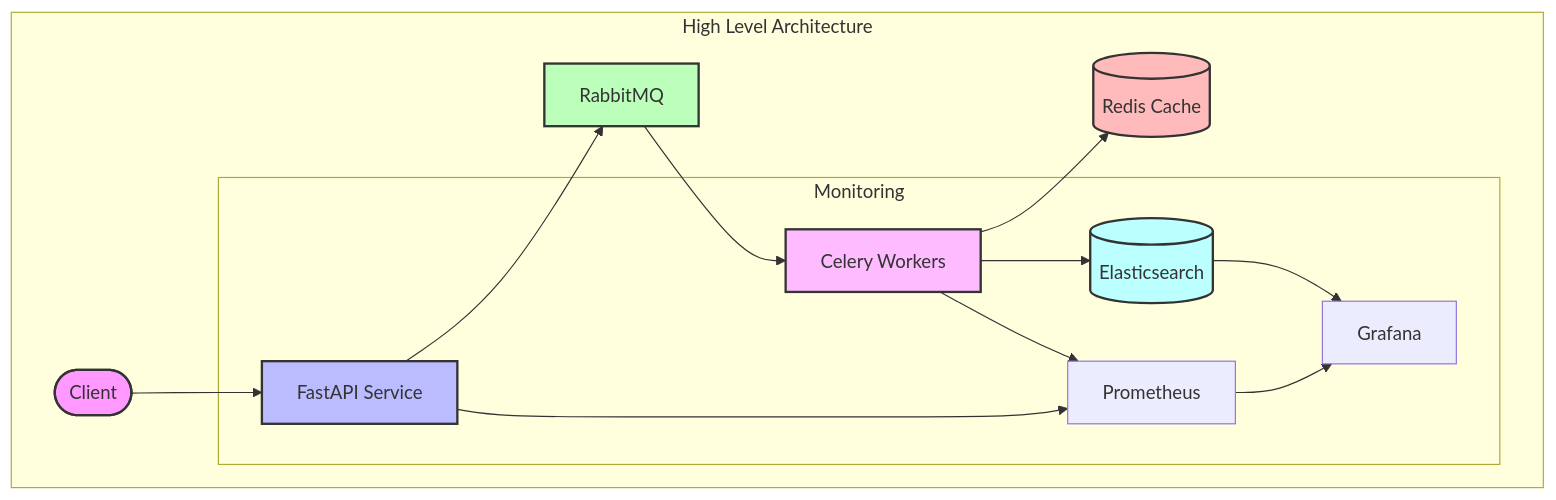
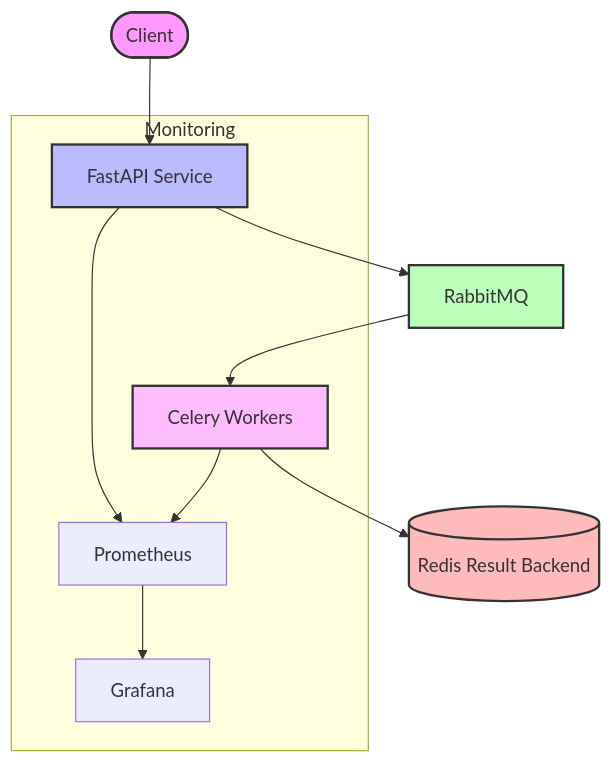
One commit to omrylcn/serving-blueprint changed the diagram in README.md. Above: the diagram before and after it, drawn with Mermaid. The commit also changed other lines of this file, not shown here.

````diff
--- a/README.md
+++ b/README.md
@@ -11,24 +9,18 @@
 ```mermaid
 graph TB
-    subgraph High Level Architecture
-        Client([Client]) --> API[FastAPI Service]
-        API --> Queue[RabbitMQ]
-        Queue --> Workers[Celery Workers]
-        Workers --> Redis[(Redis Cache)]
-        Workers --> ES[(Elasticsearch)]
-        
-        subgraph Monitoring
-            API & Workers --> Prometheus
-            ES --> Grafana
-            Prometheus --> Grafana
-        end
+    Client([Client]) --> API[FastAPI Service]
+    API --> Queue[RabbitMQ]
+    Queue --> Workers[Celery Workers]
+    Workers --> Redis[(Redis Result Backend)]
+    
+    subgraph Monitoring
+        API & Workers --> Prometheus
+        Prometheus --> Grafana
     end
 
     style Client fill:#f9f,stroke:#333,stroke-width:2px
     style API fill:#bbf,stroke:#333,stroke-width:2px
     style Queue fill:#bfb,stroke:#333,stroke-width:2px
     style Workers fill:#fbf,stroke:#333,stroke-width:2px
     style Redis fill:#fbb,stroke:#333,stroke-width:2px
-    style ES fill:#bff,stroke:#333,stroke-width:2px
-
 ```
````
